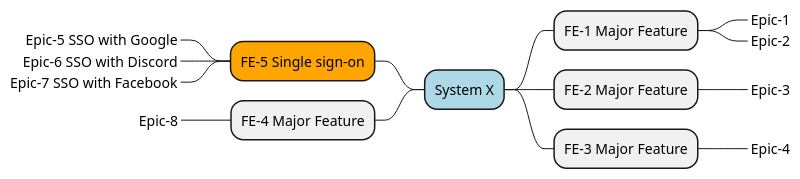
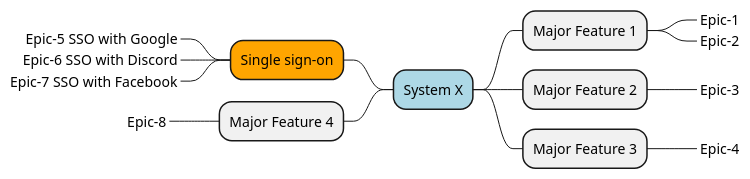
The diagram in project/{{cookiecutter.containing_folder}}/docs/docs/guides/vision.md (sourander/kamk-cookiecutters), drawn with PlantUML before and after one commit. The commit also changed other lines of this file and 3 other files, not shown here.

````diff
--- a/project/{{cookiecutter.containing_folder}}/docs/docs/guides/vision.md
+++ b/project/{{cookiecutter.containing_folder}}/docs/docs/guides/vision.md
@@ -98,18 +99,18 @@
 ```puml
 @startmindmap
 +[#lightblue] System X
-++ FE-1 Major Feature
+++ Major Feature 1
 +++_ Epic-1 
 +++_ Epic-2
-++ FE-2 Major Feature
+++ Major Feature 2
 +++_ Epic-3
-++ FE-3 Major Feature
+++ Major Feature 3
 +++_ Epic-4
---[#orange] FE-5 Single sign-on
+--[#orange] Single sign-on
 ---_ Epic-5 SSO with Google
 ---_ Epic-6 SSO with Discord
 ---_ Epic-7 SSO with Facebook
--- FE-4 Major Feature
+-- Major Feature 4
 ---_ Epic-8
 @endmindmap
 ```
````
